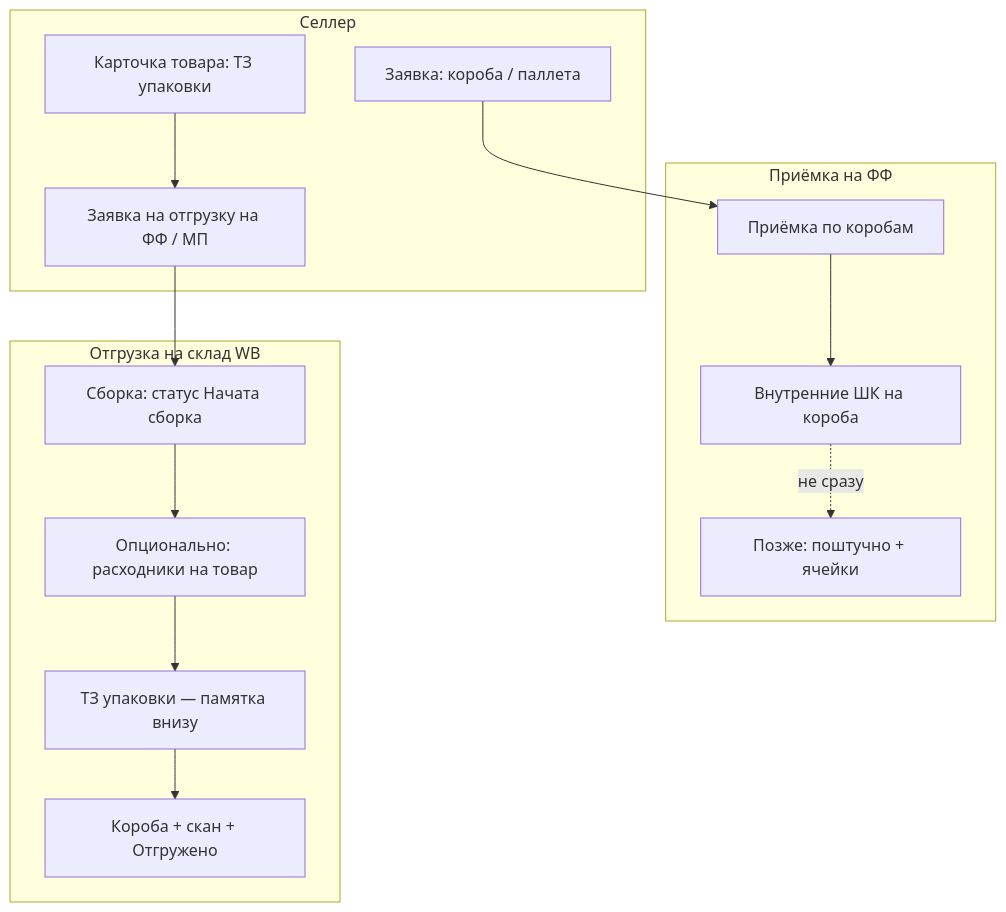
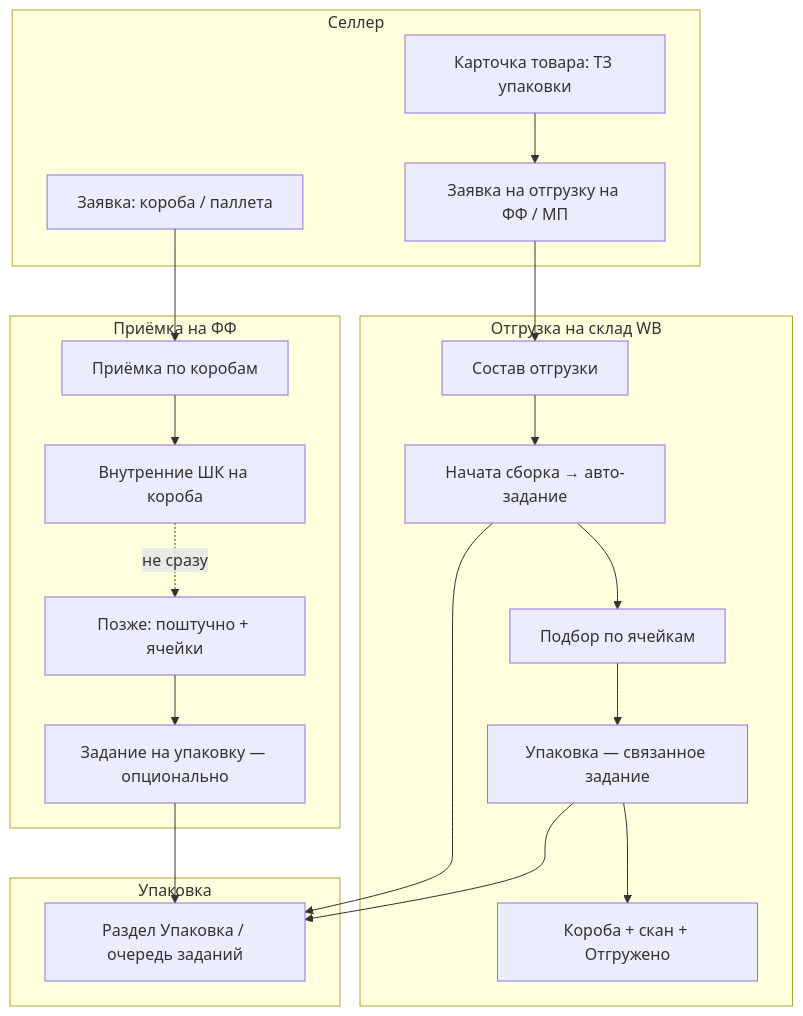
One commit to chivkunovd-bitdenis/WMS changed the diagram in docs/USER_STORIES_PRODUCT_RU.md. Above: the diagram before and after it, drawn with Mermaid. The commit also changed other lines of this file and 39 other files, not shown here.

````diff
--- a/docs/USER_STORIES_PRODUCT_RU.md
+++ b/docs/USER_STORIES_PRODUCT_RU.md
@@ -38,22 +40,30 @@
 ```mermaid
 flowchart TB
   subgraph seller [Селлер]
     S1[Заявка: короба / паллета]
     S2[Карточка товара: ТЗ упаковки]
     S3[Заявка на отгрузку на ФФ / МП]
   end
   subgraph ff_in [Приёмка на ФФ]
     B1[Приёмка по коробам]
     B2[Внутренние ШК на короба]
     B3[Позже: поштучно + ячейки]
+    P0[Задание на упаковку — опционально]
+  end
+  subgraph ff_pack [Упаковка]
+    P1[Раздел Упаковка / очередь заданий]
   end
   subgraph ff_out [Отгрузка на склад WB]
-    O1[Сборка: статус Начата сборка]
-    O2[Опционально: расходники на товар]
-    O3[ТЗ упаковки — памятка внизу]
-    O4[Короба + скан + Отгружено]
+    O1[Состав отгрузки]
+    O2[Начата сборка → авто-задание]
+    O3[Подбор по ячейкам]
+    O4[Упаковка — связанное задание]
+    O5[Короба + скан + Отгружено]
   end
   S1 --> B1 --> B2
   B2 -.->|не сразу| B3
-  S2 --> S3 --> O1 --> O2 --> O3 --> O4
+  B3 --> P0 --> P1
+  S2 --> S3 --> O1 --> O2 --> O3 --> O4 --> O5
+  O2 --> P1
+  O4 --> P1
 ```
````
